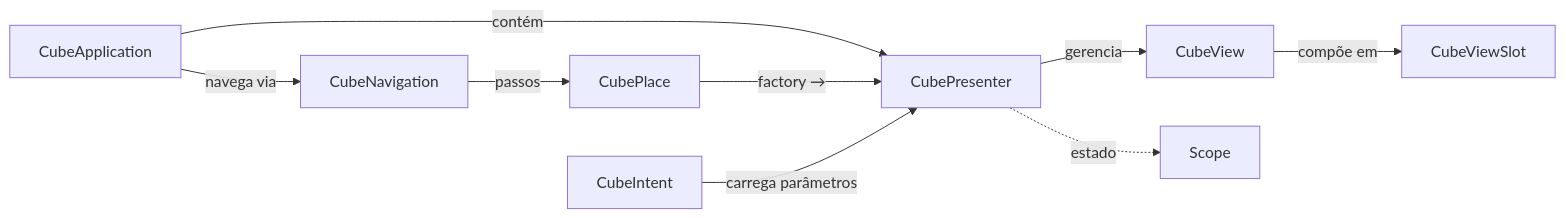
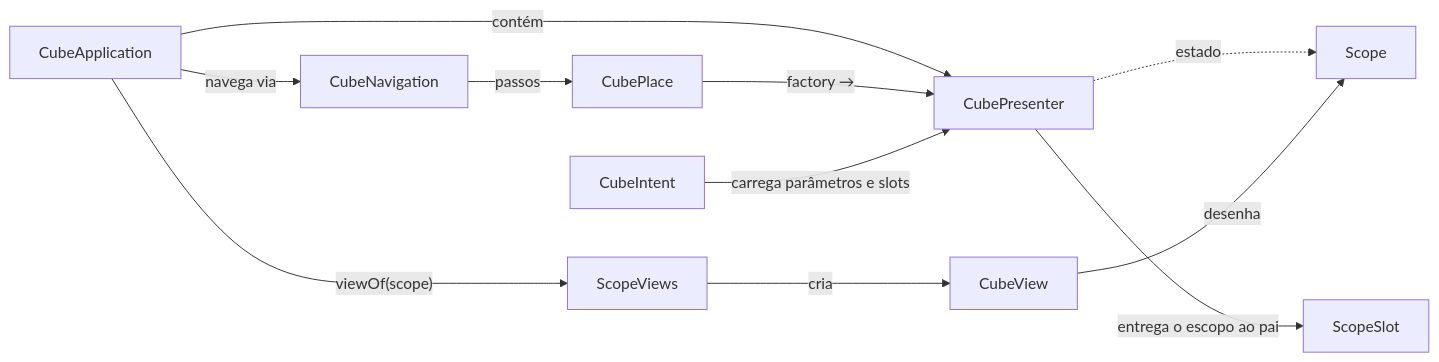
One commit to mrcdom/wdc-cube-java-v2 changed the diagram in fontes/br.com.wdc.framework/br.com.wdc.framework.cube/README.md. Above: the diagram before and after it, drawn with Mermaid. The commit also changed other lines of this file and 64 other files, not shown here.

First line of the commit message:
✨ [FEATURE] views dos presenters pelo catálogo; CLASS_ID no escopo

````diff
--- a/fontes/br.com.wdc.framework/br.com.wdc.framework.cube/README.md
+++ b/fontes/br.com.wdc.framework/br.com.wdc.framework.cube/README.md
@@ -9,20 +9,23 @@
 ```mermaid
 graph LR
     App["CubeApplication"]
     Nav["CubeNavigation"]
     Place["CubePlace"]
     Intent["CubeIntent"]
     Pres["CubePresenter"]
     View["CubeView"]
-    Slot["CubeViewSlot"]
+    Slot["ScopeSlot"]
     State["Scope"]
+    Views["ScopeViews"]
 
     App -->|"contém"| Pres
     App -->|"navega via"| Nav
     Nav -->|"passos"| Place
     Place -->|"factory →"| Pres
-    Pres -->|"gerencia"| View
-    View -->|"compõe em"| Slot
-    Intent -->|"carrega parâmetros"| Pres
     Pres -.->|"estado"| State
+    Pres -->|"entrega o escopo ao pai"| Slot
+    Intent -->|"carrega parâmetros e slots"| Pres
+    App -->|"viewOf(scope)"| Views
+    Views -->|"cria"| View
+    View -->|"desenha"| State
 ```
````
